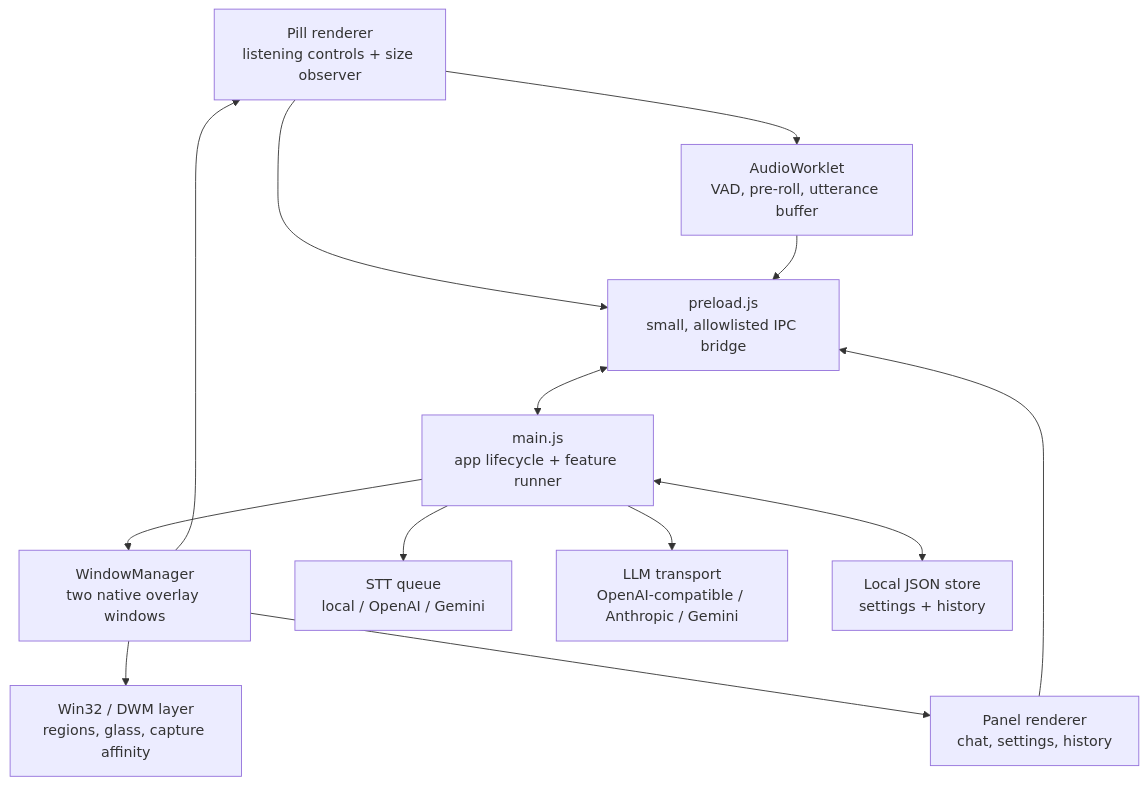
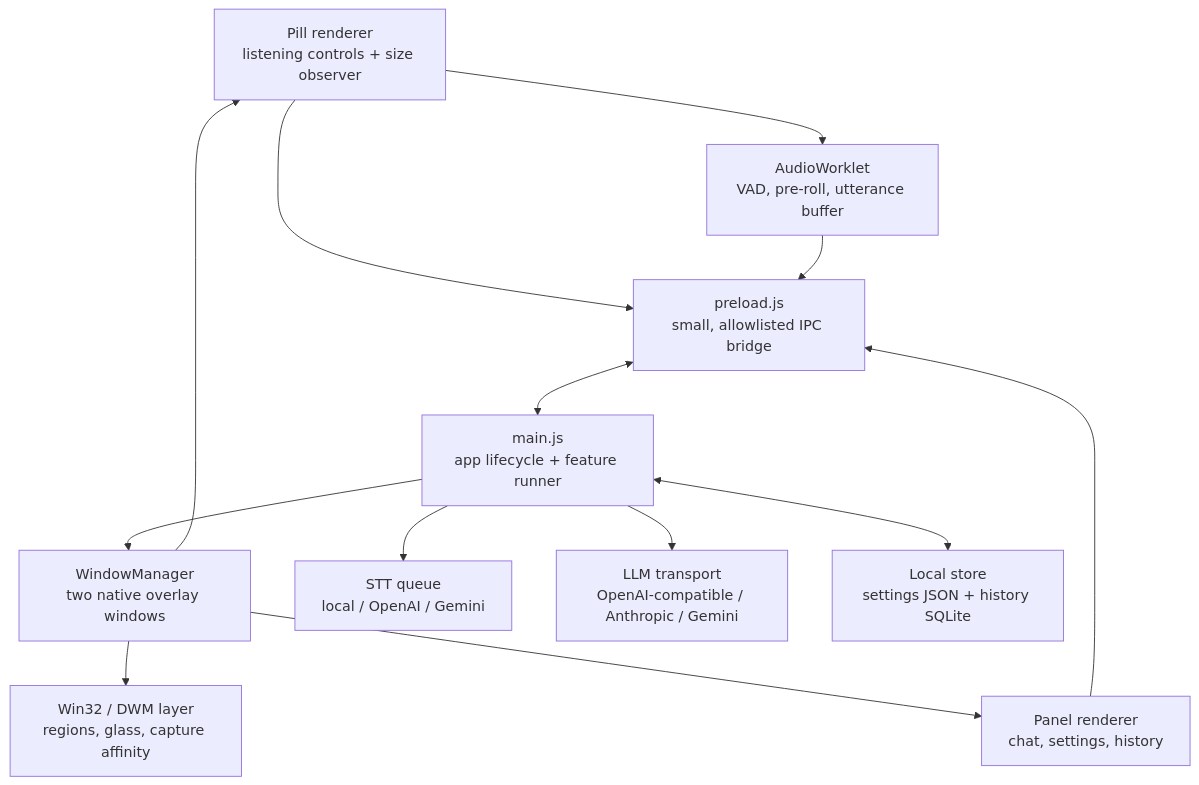
Before and after one commit to HarshaVardhan3002/nimbus: the diagram in README.md, drawn with Mermaid. The commit also changed other lines of this file, not shown here.

````diff
--- a/README.md
+++ b/README.md
@@ -252,24 +254,24 @@
 ```mermaid
 flowchart TB
   P["Pill renderer\nlistening controls + size observer"]
   R["Panel renderer\nchat, settings, history"]
   PRE["preload.js\nsmall, allowlisted IPC bridge"]
   MAIN["main.js\napp lifecycle + feature runner"]
   WM["WindowManager\ntwo native overlay windows"]
   VAD["AudioWorklet\nVAD, pre-roll, utterance buffer"]
   STT["STT queue\nlocal / OpenAI / Gemini"]
   LLM["LLM transport\nOpenAI-compatible / Anthropic / Gemini"]
-  STORE["Local JSON store\nsettings + history"]
+  STORE["Local store\nsettings JSON + history SQLite"]
   WIN["Win32 / DWM layer\nregions, glass, capture affinity"]
 
   P --> PRE
   R --> PRE
   PRE <--> MAIN
   P --> VAD --> PRE
   MAIN --> STT
   MAIN --> LLM
   MAIN <--> STORE
   MAIN --> WM --> WIN
   WM --> P
   WM --> R
 ```
````
